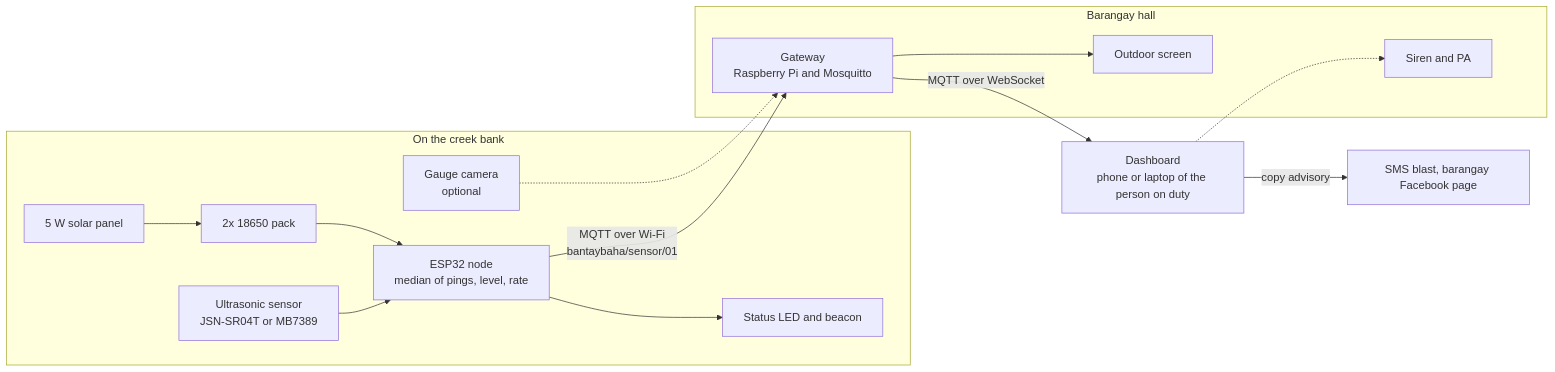
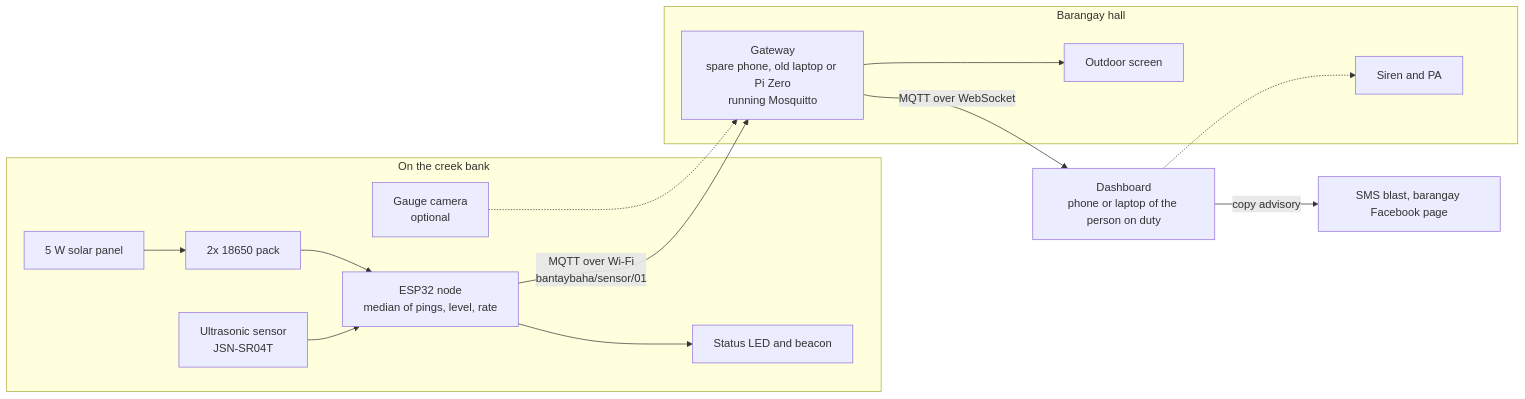
Before and after one commit to unknowndevice077/bantay-baha: the first of 2 diagrams in docs/architecture.md, drawn with Mermaid. The commit also changed 18 other files, not shown here.

````diff
--- a/docs/architecture.md
+++ b/docs/architecture.md
@@ -12,20 +12,20 @@
 ```mermaid
 flowchart LR
   subgraph Creek["On the creek bank"]
-    US["Ultrasonic sensor<br/>JSN-SR04T or MB7389"] --> ESP["ESP32 node<br/>median of pings, level, rate"]
+    US["Ultrasonic sensor<br/>JSN-SR04T"] --> ESP["ESP32 node<br/>median of pings, level, rate"]
     SUN["5 W solar panel"] --> BAT["2x 18650 pack"] --> ESP
     ESP --> LED["Status LED and beacon"]
     CAM["Gauge camera<br/>optional"]
   end
   subgraph Hall["Barangay hall"]
-    GW["Gateway<br/>Raspberry Pi and Mosquitto"]
+    GW["Gateway<br/>spare phone, old laptop or Pi Zero<br/>running Mosquitto"]
     SCR["Outdoor screen"]
     SIREN["Siren and PA"]
   end
   ESP -- "MQTT over Wi-Fi<br/>bantaybaha/sensor/01" --> GW
   CAM -.-> GW
   GW -- "MQTT over WebSocket" --> DASH["Dashboard<br/>phone or laptop of the person on duty"]
   GW --> SCR
   DASH -- "copy advisory" --> SMS["SMS blast, barangay Facebook page"]
   DASH -.-> SIREN
 ```
````
